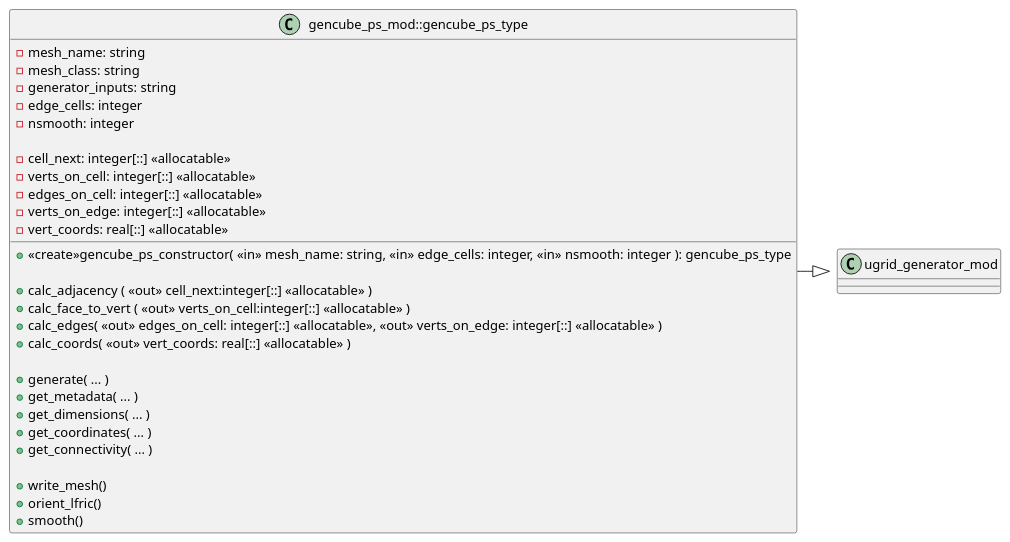
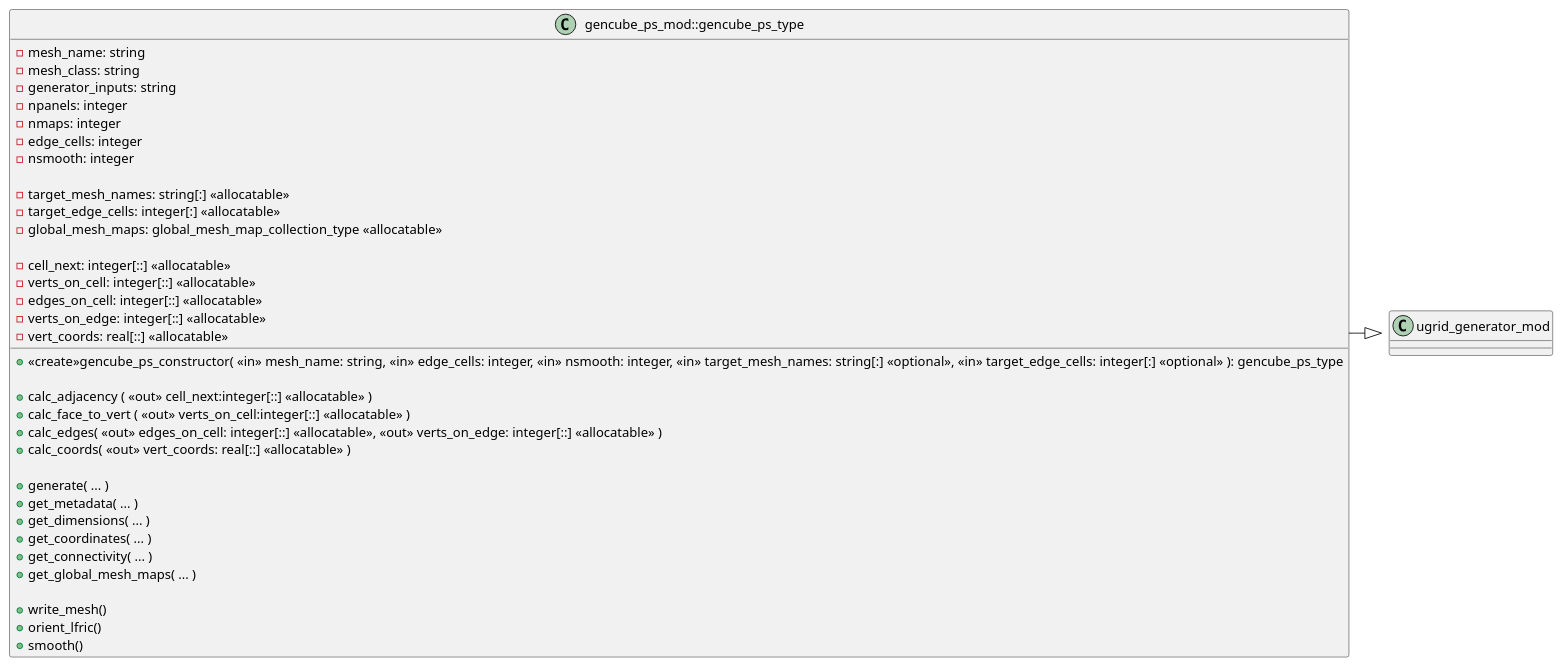
One commit to james-bruten-mo/lfric_core changed the diagram in infrastructure/documentation/uml/io/gencube_ps_mod.iuml. Above: the diagram before and after it, drawn with PlantUML. The commit also changed 19 other files, not shown here.

Commit message:
ticket:932 for Ricky Wong: Port global mapping routine from dynamo executable to mesh_generator.

```diff
--- a/infrastructure/documentation/uml/io/gencube_ps_mod.iuml
+++ b/infrastructure/documentation/uml/io/gencube_ps_mod.iuml
@@ -1,37 +1,44 @@
 ' Copyright (c) 2017,  Met Office, on behalf of HMSO and Queen's Printer
 ' For further details please refer to the file LICENCE.original which you
 ' should have received as part of this distribution.
 
 class gencube_ps_mod::gencube_ps_type {
   -mesh_name: string
   -mesh_class: string
   -generator_inputs: string
+  -npanels: integer
+  -nmaps: integer
   -edge_cells: integer
   -nsmooth: integer
+
+  -target_mesh_names: string[:] <<allocatable>>
+  -target_edge_cells: integer[:] <<allocatable>>
+  -global_mesh_maps: global_mesh_map_collection_type <<allocatable>>
 
   -cell_next: integer[::] <<allocatable>>
   -verts_on_cell: integer[::] <<allocatable>>
   -edges_on_cell: integer[::] <<allocatable>>
   -verts_on_edge: integer[::] <<allocatable>>
   -vert_coords: real[::] <<allocatable>>
 
-  +<<create>>gencube_ps_constructor( <<in>> mesh_name: string, <<in>> edge_cells: integer, <<in>> nsmooth: integer ): gencube_ps_type
+  +<<create>>gencube_ps_constructor( <<in>> mesh_name: string, <<in>> edge_cells: integer, <<in>> nsmooth: integer, <<in>> target_mesh_names: string[:] <<optional>>, <<in>> target_edge_cells: integer[:] <<optional>> ): gencube_ps_type
 
   +calc_adjacency ( <<out>> cell_next:integer[::] <<allocatable>> )
   +calc_face_to_vert ( <<out>> verts_on_cell:integer[::] <<allocatable>> )
   +calc_edges( <<out>> edges_on_cell: integer[::] <<allocatable>>, <<out>> verts_on_edge: integer[::] <<allocatable>> )
   +calc_coords( <<out>> vert_coords: real[::] <<allocatable>> )
 
   +generate( ... )
   +get_metadata( ... )
   +get_dimensions( ... )
   +get_coordinates( ... )
   +get_connectivity( ... )
+  +get_global_mesh_maps( ... )
 
   +write_mesh()
   +orient_lfric()
   +smooth()
 
 }
 
 gencube_ps_mod::gencube_ps_type -|> ugrid_generator_mod::ugrid_generator_type
```
